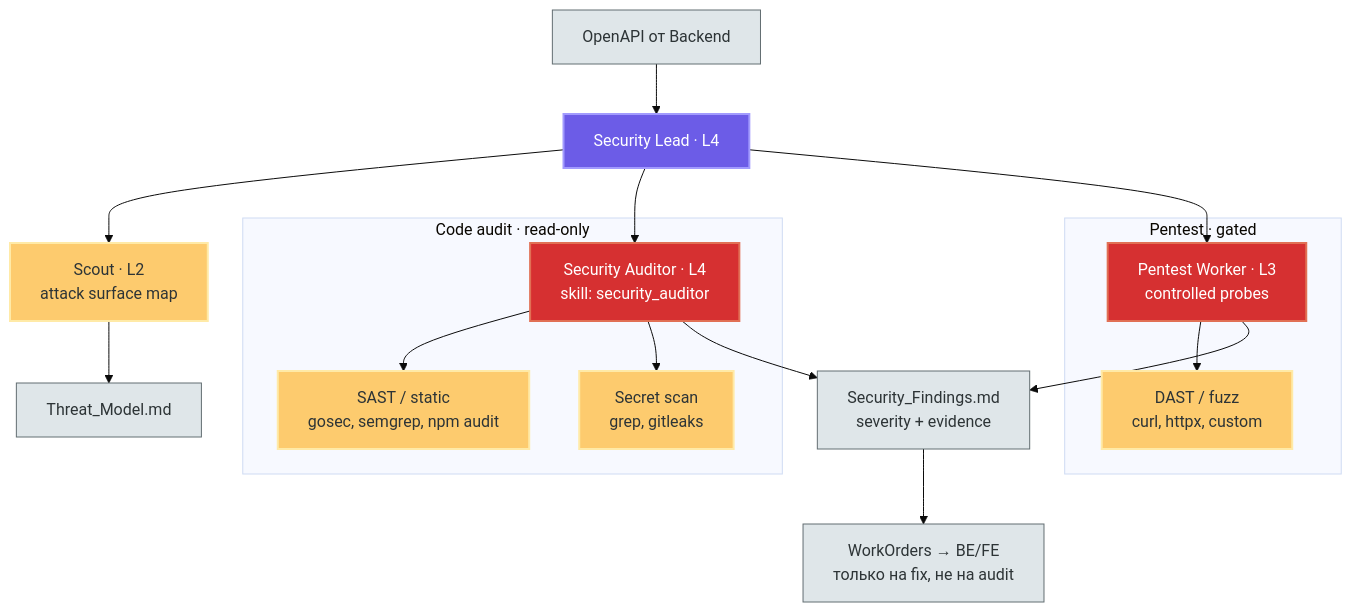
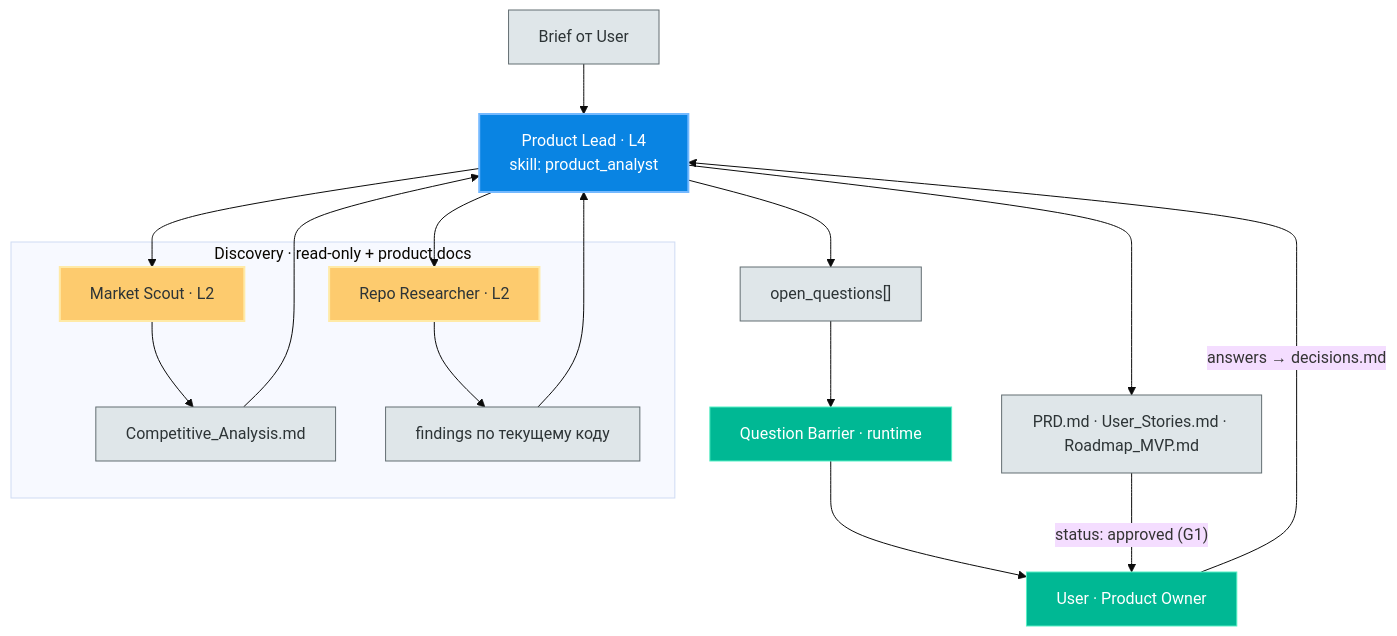
The seventh of 21 diagrams in docs/architecture/orchestra-routing.md (GreyKxtx/Orchestra), drawn with Mermaid (base theme) before and after one commit. The commit also changed other lines of this file and 108 other files, not shown here.

First line of the commit message:
feat(orchestra): vNext SDLC runtime — gates, contract epoch, question barrier, tier labels

````diff
--- a/docs/architecture/orchestra-routing.md
+++ b/docs/architecture/orchestra-routing.md
@@ -246,37 +564,30 @@
 ```mermaid
 flowchart TB
-    classDef dept fill:#6c5ce7,stroke:#a29bfe,stroke-width:2px,color:#fff
-    classDef audit fill:#d63031,stroke:#e17055,stroke-width:2px,color:#fff
-    classDef tool fill:#fdcb6e,stroke:#ffeaa7,stroke-width:2px,color:#2d3436
+    classDef pm fill:#0984e3,stroke:#74b9ff,stroke-width:2px,color:#fff
+    classDef scout fill:#fdcb6e,stroke:#ffeaa7,stroke-width:2px,color:#2d3436
     classDef artifact fill:#dfe6e9,stroke:#636e72,color:#2d3436
+    classDef rt fill:#00b894,stroke:#55efc4,color:#fff
 
-    OpenAPI["OpenAPI от Backend"]:::artifact
-    Lead["Security Lead · L4"]:::dept
-    Scout["Scout · L2<br>attack surface map"]:::tool
-    TM["Threat_Model.md"]:::artifact
+    Brief["Brief от User"]:::artifact
+    Lead["Product Lead · L4<br>skill: product_analyst"]:::pm
 
-    subgraph AUDIT["Code audit · read-only"]
-        Auditor["Security Auditor · L4<br>skill: security_auditor"]:::audit
-        SAST["SAST / static<br>gosec, semgrep, npm audit"]:::tool
-        Secrets["Secret scan<br>grep, gitleaks"]:::tool
+    subgraph DISCOVERY["Discovery · read-only + product docs"]
+        MS["Market Scout · L2"]:::scout
+        CA["Competitive_Analysis.md"]:::artifact
+        RR["Repo Researcher · L2"]:::scout
+        RF["findings по текущему коду"]:::artifact
     end
 
-    subgraph PENTEST["Pentest · gated"]
-        PT["Pentest Worker · L3<br>controlled probes"]:::audit
-        DAST["DAST / fuzz<br>curl, httpx, custom"]:::tool
-    end
+    PRD["PRD.md · User_Stories.md · Roadmap_MVP.md"]:::artifact
+    OQ["open_questions[]"]:::artifact
+    BAR["Question Barrier · runtime"]:::rt
+    PO["User · Product Owner"]:::rt
 
-    Findings["Security_Findings.md<br>severity + evidence"]:::artifact
-    WO_fix["WorkOrders → BE/FE<br>только на fix, не на audit"]:::artifact
-
-    OpenAPI --> Lead
-    Lead --> Scout --> TM
-    Lead --> Auditor
-    Auditor --> SAST
-    Auditor --> Secrets
-    Auditor --> Findings
-    Lead --> PT
-    PT --> DAST
-    PT --> Findings
-    Findings --> WO_fix
+    Brief --> Lead
+    Lead --> MS --> CA --> Lead
+    Lead --> RR --> RF --> Lead
+    Lead --> PRD
+    Lead --> OQ --> BAR --> PO
+    PO -->|"answers → decisions.md"| Lead
+    PRD -->|"status: approved (G1)"| PO
 ```
````
